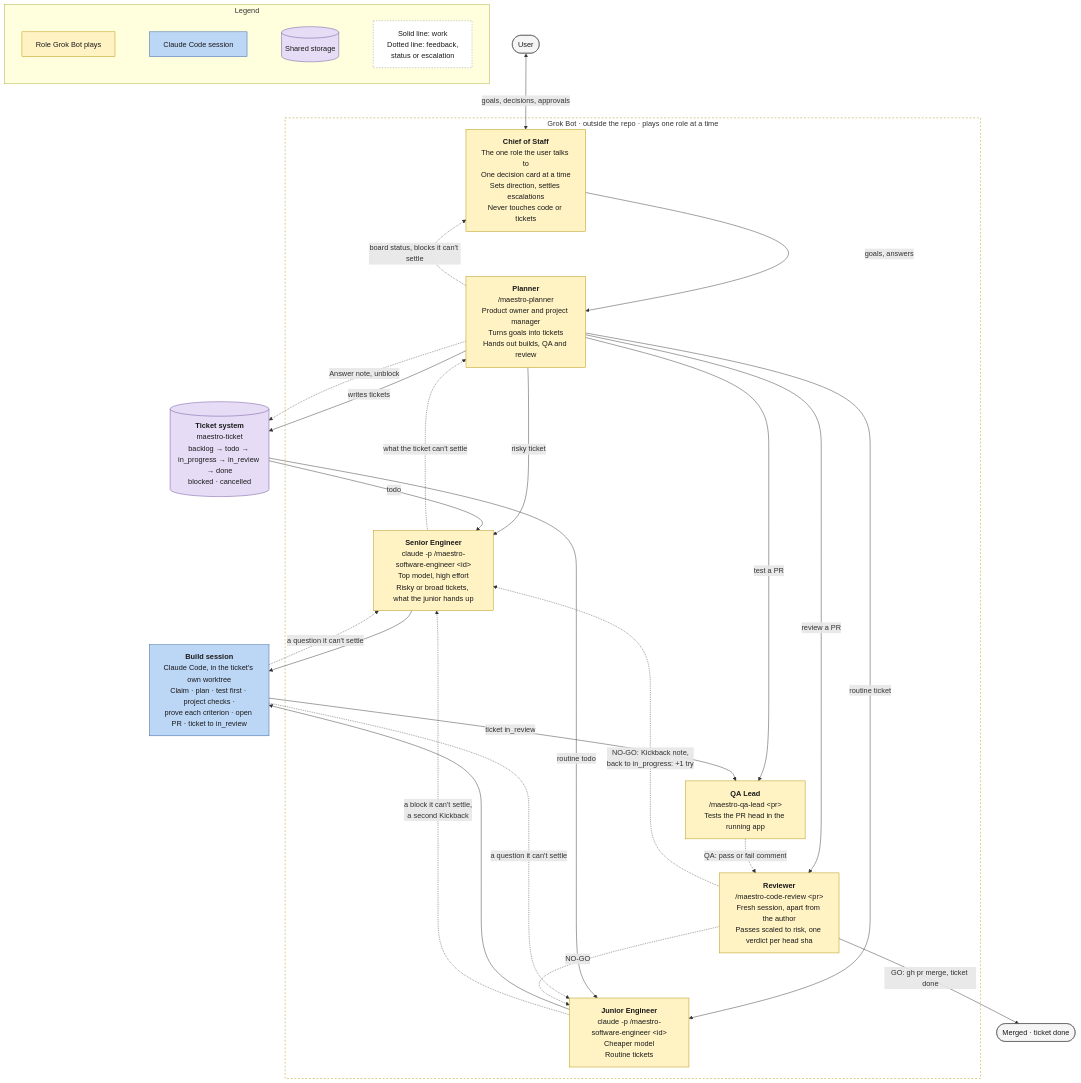
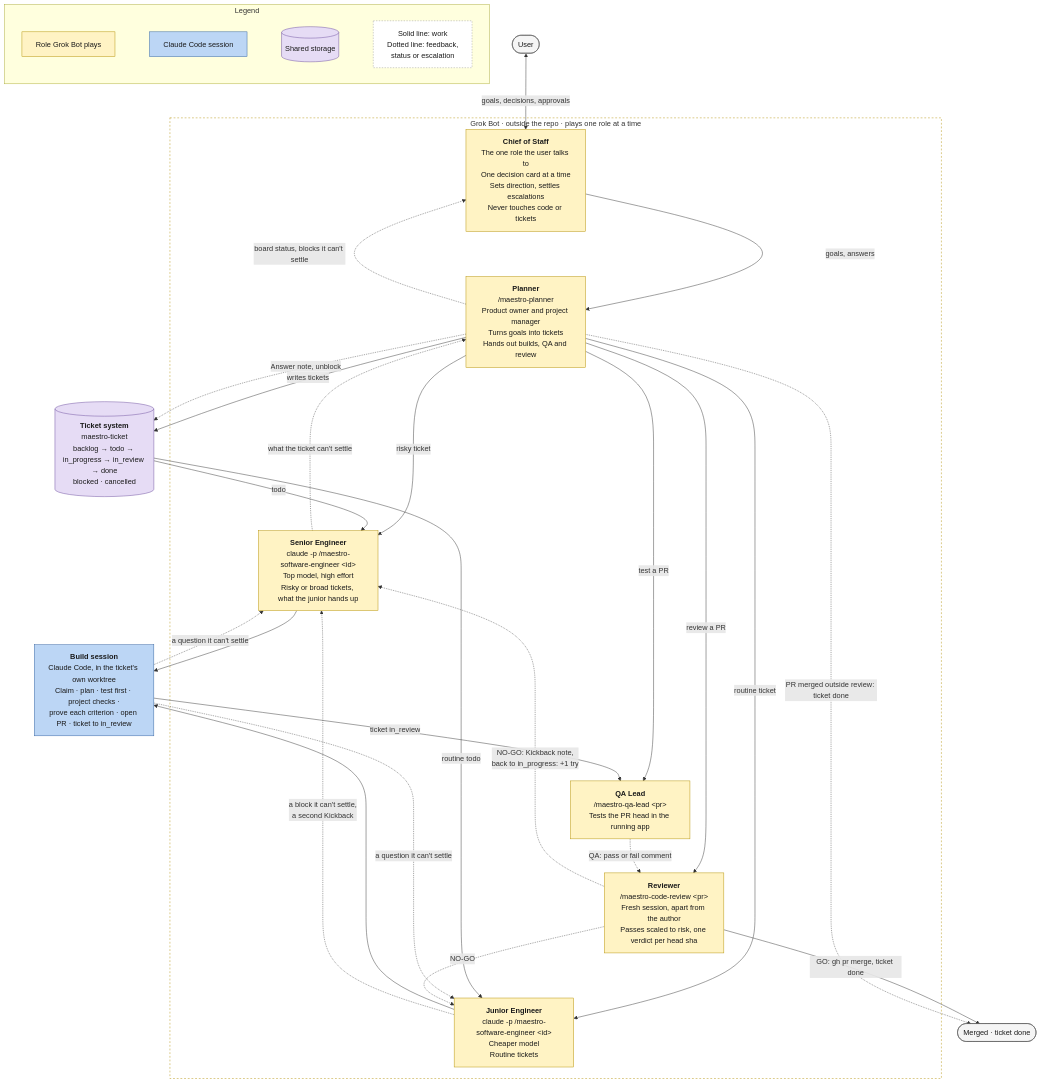
Before and after one commit to ProlesDei/maestro: the diagram in docs/team.mermaid, drawn with Mermaid. The commit also changed 12 other files, not shown here.

First line of the commit message:
Planner closes a ticket whose PR merged outside review

```diff
--- a/docs/team.mermaid
+++ b/docs/team.mermaid
@@ -1,71 +1,72 @@
 flowchart TD
     User([User])
 
     subgraph Grok ["Grok Bot · outside the repo · plays one role at a time"]
         CoS["<b>Chief of Staff</b><br/>The one role the user talks to<br/>One decision card at a time<br/>Sets direction, settles escalations<br/>Never touches code or tickets"]
         Planner["<b>Planner</b><br/>/maestro-planner<br/>Product owner and project manager<br/>Turns goals into tickets<br/>Hands out builds, QA and review"]
         Sr["<b>Senior Engineer</b><br/>claude -p /maestro-software-engineer &lt;id&gt;<br/>Top model, high effort<br/>Risky or broad tickets, what the junior hands up"]
         Jr["<b>Junior Engineer</b><br/>claude -p /maestro-software-engineer &lt;id&gt;<br/>Cheaper model<br/>Routine tickets"]
         QA["<b>QA Lead</b><br/>/maestro-qa-lead &lt;pr&gt;<br/>Tests the PR head in the running app"]
         Rev["<b>Reviewer</b><br/>/maestro-code-review &lt;pr&gt;<br/>Fresh session, apart from the author<br/>Passes scaled to risk, one verdict per head sha"]
     end
 
     Tickets[("<b>Ticket system</b><br/>maestro-ticket<br/>backlog → todo → in_progress → in_review → done<br/>blocked · cancelled")]
 
     Build["<b>Build session</b><br/>Claude Code, in the ticket's own worktree<br/>Claim · plan · test first · project checks ·<br/>prove each criterion · open PR · ticket to in_review"]
 
     Done([Merged · ticket done])
 
     %% User and Chief of Staff
     User <-->|"goals, decisions, approvals"| CoS
 
     %% The Chief of Staff leads through the Planner
     CoS -->|"goals, answers"| Planner
     Planner -.->|"board status, blocks it can't settle"| CoS
 
     %% The Planner hands out each job
     Planner -->|"risky ticket"| Sr
     Planner -->|"routine ticket"| Jr
     Planner -->|"test a PR"| QA
     Planner -->|"review a PR"| Rev
 
     %% Planning
     Planner -->|"writes tickets"| Tickets
     Tickets -->|"todo"| Sr
     Tickets -->|"routine todo"| Jr
 
     %% Build
     Sr --> Build
     Jr --> Build
     Build -.->|"a question it can't settle"| Sr
     Build -.->|"a question it can't settle"| Jr
     Jr -.->|"a block it can't settle,<br/>a second Kickback"| Sr
     Sr -.->|"what the ticket can't settle"| Planner
     Planner -.->|"Answer note, unblock"| Tickets
 
     %% Test and review
     Build -->|"ticket in_review"| QA
     QA -.->|"QA: pass or fail comment"| Rev
     Rev -->|"GO: gh pr merge, ticket done"| Done
+    Planner -.->|"PR merged outside review: ticket done"| Done
     Rev -.->|"NO-GO: Kickback note,<br/>back to in_progress: +1 try"| Sr
     Rev -.->|"NO-GO"| Jr
 
     %% Legend
     subgraph Legend ["Legend"]
         direction LR
         L6["Role Grok Bot plays"] ~~~ L1["Claude Code session"] ~~~ L4[("Shared storage")] ~~~ L5["Solid line: work<br/>Dotted line: feedback,<br/>status or escalation"]
     end
 
     %% Styles
     classDef session fill:#bcd6f5,stroke:#2f5f9e,color:#1a1a1a
     classDef storage fill:#e6dcf5,stroke:#6a4c9c,color:#1a1a1a
     classDef person fill:#f5f5f5,stroke:#555,color:#1a1a1a
     classDef bot fill:#fff3c4,stroke:#b38f00,color:#1a1a1a
     classDef note fill:#ffffff,stroke:#999,color:#1a1a1a,stroke-dasharray:3 3
 
     class Build,L1 session
     class Tickets,L4 storage
     class User,Done person
     class CoS,Planner,Sr,Jr,QA,Rev,L6 bot
     class L5 note
     style Grok fill:none,stroke:#b38f00,stroke-dasharray:4 4
```
